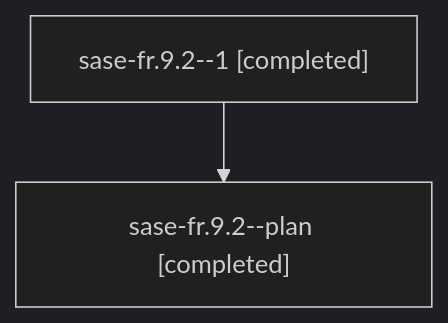
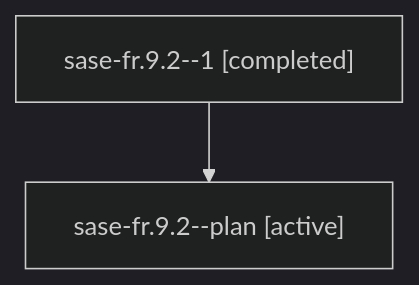
One commit to sase-org/sase--agents changed the diagram in families/bbugyi200.athena.sase-fr.9.2.md. Above: the diagram before and after it, drawn with Mermaid (dark theme). The commit also changed other lines of this file and 4556 other files, not shown here.

````diff
--- a/families/bbugyi200.athena.sase-fr.9.2.md
+++ b/families/bbugyi200.athena.sase-fr.9.2.md
@@ -9,6 +9,6 @@
 ```mermaid
 flowchart TD
   n0["sase-fr.9.2--1 [completed]"]
-  n1["sase-fr.9.2--plan [completed]"]
+  n1["sase-fr.9.2--plan [active]"]
   n0 --> n1
 ```
````
